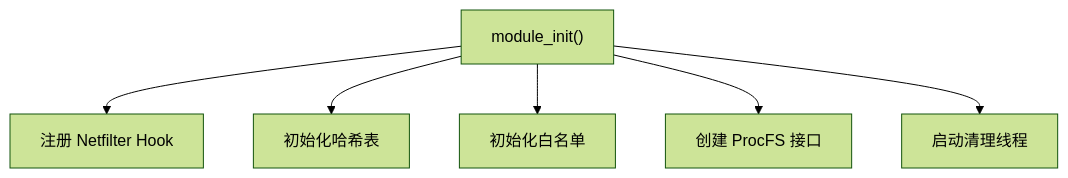
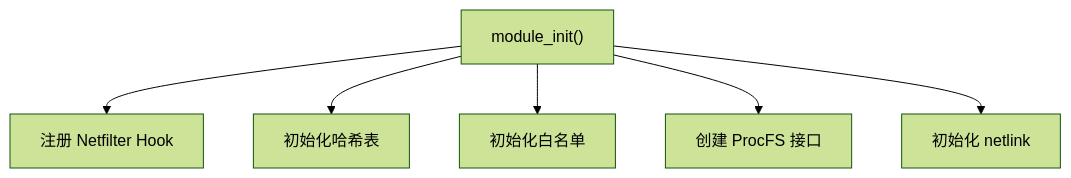
Before and after one commit to SnowCore8/linux-firewall-kmod: the third of 4 diagrams in docs/zh/architecture/kernel-module.md, drawn with Mermaid (forest theme). The commit also changed other lines of this file and 9 other files, not shown here.

````diff
--- a/docs/zh/architecture/kernel-module.md
+++ b/docs/zh/architecture/kernel-module.md
@@ -242,8 +257,8 @@
 ```mermaid
 graph TB
     A["module_init()"] --> B["注册 Netfilter Hook"]
     A --> C["初始化哈希表"]
     A --> D["初始化白名单"]
     A --> E["创建 ProcFS 接口"]
-    A --> F["启动清理线程"]
+    A --> F["初始化 netlink"]
 ```
````
